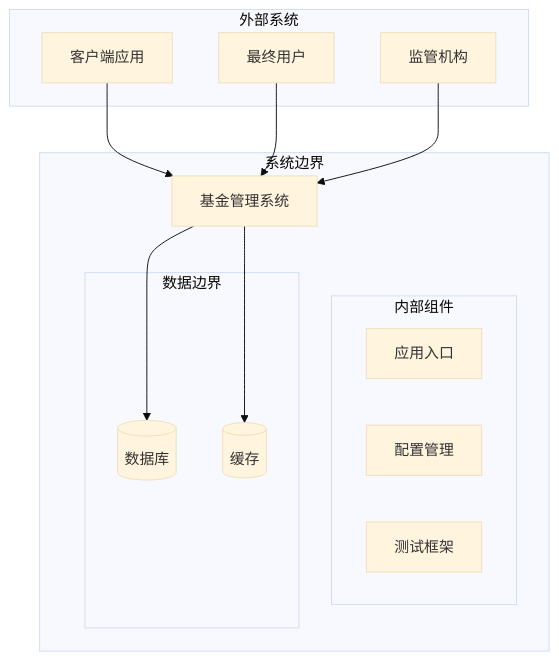
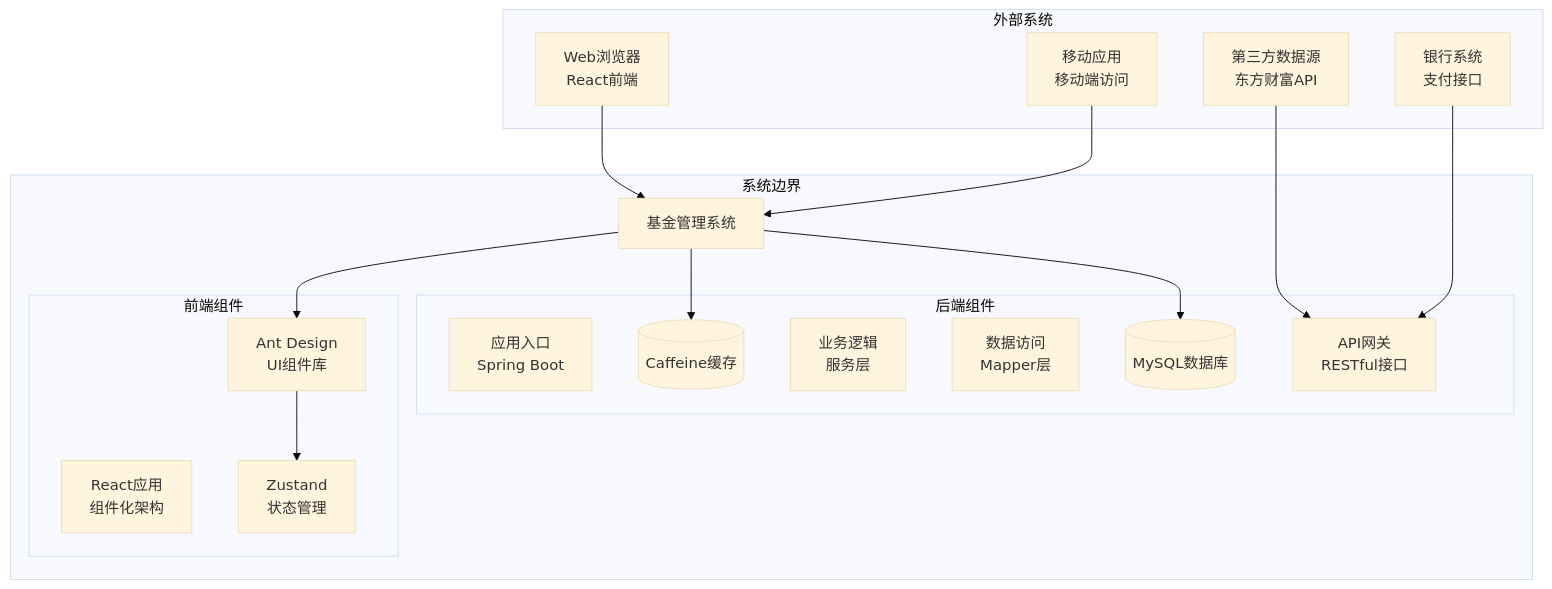
Before and after one commit to gree-coder/fund-butler: the sixth of 8 diagrams in .qoder/repowiki/zh/content/项目概述.md, drawn with Mermaid (base theme). The commit also changed other lines of this file and 10 other files, not shown here.

````diff
--- a/.qoder/repowiki/zh/content/项目概述.md
+++ b/.qoder/repowiki/zh/content/项目概述.md
@@ -235,25 +316,33 @@
 ```mermaid
 graph TB
 subgraph "外部系统"
-CLIENT[客户端应用]
-USER[最终用户]
-REGULATORY[监管机构]
+CLIENT[Web浏览器<br/>React前端]
+MOBILE[移动应用<br/>移动端访问]
+THIRD_PARTY[第三方数据源<br/>东方财富API]
+BANK[银行系统<br/>支付接口]
 end
 subgraph "系统边界"
-FUND_APP[基金管理系统]
-subgraph "内部组件"
-ENTRY[应用入口]
-CONFIG[配置管理]
-TEST[测试框架]
+FUND_SYSTEM[基金管理系统]
+subgraph "后端组件"
+APP_ENTRY[应用入口<br/>Spring Boot]
+API_GATEWAY[API网关<br/>RESTful接口]
+BUSINESS_LOGIC[业务逻辑<br/>服务层]
+DATA_ACCESS[数据访问<br/>Mapper层]
+DATABASE[(MySQL数据库)]
+CACHE[(Caffeine缓存)]
 end
-subgraph "数据边界"
-DB[(数据库)]
-CACHE[(缓存)]
+subgraph "前端组件"
+REACT_APP[React应用<br/>组件化架构]
+UI_LIBRARY[Ant Design<br/>UI组件库]
+STATE_MANAGEMENT[Zustand<br/>状态管理]
 end
 end
-CLIENT --> FUND_APP
-USER --> FUND_APP
-REGULATORY --> FUND_APP
-FUND_APP --> DB
-FUND_APP --> CACHE
+CLIENT --> FUND_SYSTEM
+MOBILE --> FUND_SYSTEM
+THIRD_PARTY --> API_GATEWAY
+BANK --> API_GATEWAY
+FUND_SYSTEM --> DATABASE
+FUND_SYSTEM --> CACHE
+FUND_SYSTEM --> UI_LIBRARY
+UI_LIBRARY --> STATE_MANAGEMENT
 ```
````
